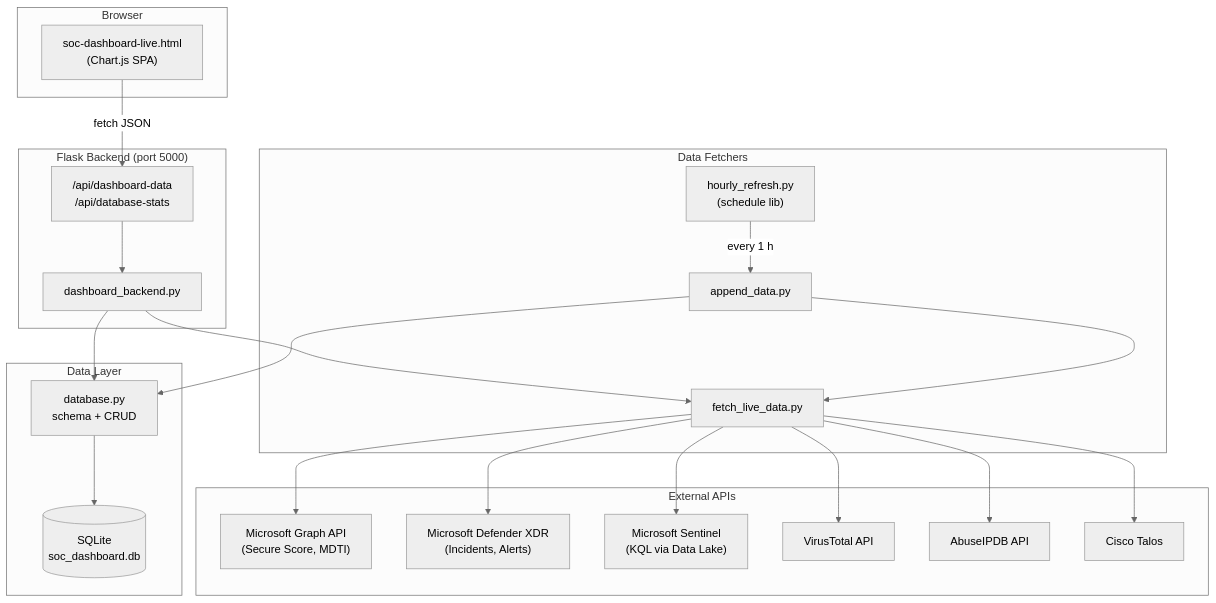
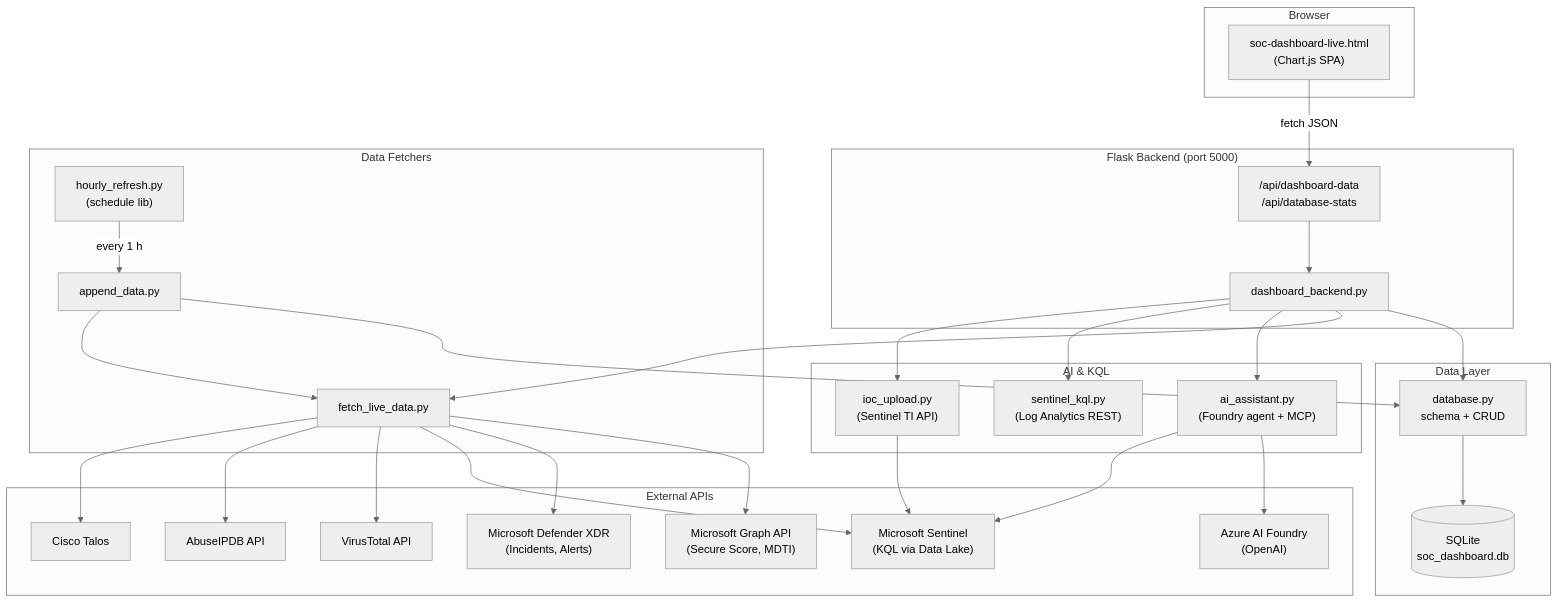
Before and after one commit to KingKongKent/SOC-Dashboard-for-Sentinel-Data-Lake: the first of 5 diagrams in docs/ARCHITECTURE.md, drawn with Mermaid (neutral theme). The commit also changed other lines of this file and 16 other files, not shown here.

First line of the commit message:
feat: AI assistant, KQL engine, IOC upload, incident enrichment

````diff
--- a/docs/ARCHITECTURE.md
+++ b/docs/ARCHITECTURE.md
@@ -11,48 +11,61 @@
 ```mermaid
 graph TB
     subgraph "Browser"
         HTML["soc-dashboard-live.html<br/>(Chart.js SPA)"]
     end
 
     subgraph "Flask Backend (port 5000)"
         API["/api/dashboard-data<br/>/api/database-stats"]
         BACKEND["dashboard_backend.py"]
     end
 
     subgraph "Data Layer"
         DB[(SQLite<br/>soc_dashboard.db)]
         DBMOD["database.py<br/>schema + CRUD"]
     end
 
     subgraph "Data Fetchers"
         FETCH["fetch_live_data.py"]
         APPEND["append_data.py"]
         HOURLY["hourly_refresh.py<br/>(schedule lib)"]
     end
 
+    subgraph "AI & KQL"
+        AI["ai_assistant.py<br/>(Foundry agent + MCP)"]
+        KQL["sentinel_kql.py<br/>(Log Analytics REST)"]
+        IOC["ioc_upload.py<br/>(Sentinel TI API)"]
+    end
+
     subgraph "External APIs"
         GRAPH["Microsoft Graph API<br/>(Secure Score, MDTI)"]
         DEFENDER["Microsoft Defender XDR<br/>(Incidents, Alerts)"]
         SENTINEL["Microsoft Sentinel<br/>(KQL via Data Lake)"]
+        FOUNDRY["Azure AI Foundry<br/>(OpenAI)"]
         VT["VirusTotal API"]
         ABUSE["AbuseIPDB API"]
         TALOS["Cisco Talos"]
     end
 
     HTML -->|"fetch JSON"| API
     API --> BACKEND
     BACKEND --> DBMOD
     DBMOD --> DB
     BACKEND --> FETCH
+    BACKEND --> AI
+    BACKEND --> KQL
+    BACKEND --> IOC
 
     HOURLY -->|"every 1 h"| APPEND
     APPEND --> DBMOD
     APPEND --> FETCH
 
     FETCH --> GRAPH
     FETCH --> DEFENDER
     FETCH --> SENTINEL
     FETCH --> VT
     FETCH --> ABUSE
     FETCH --> TALOS
+    AI --> FOUNDRY
+    AI --> SENTINEL
+    IOC --> SENTINEL
 ```
````
